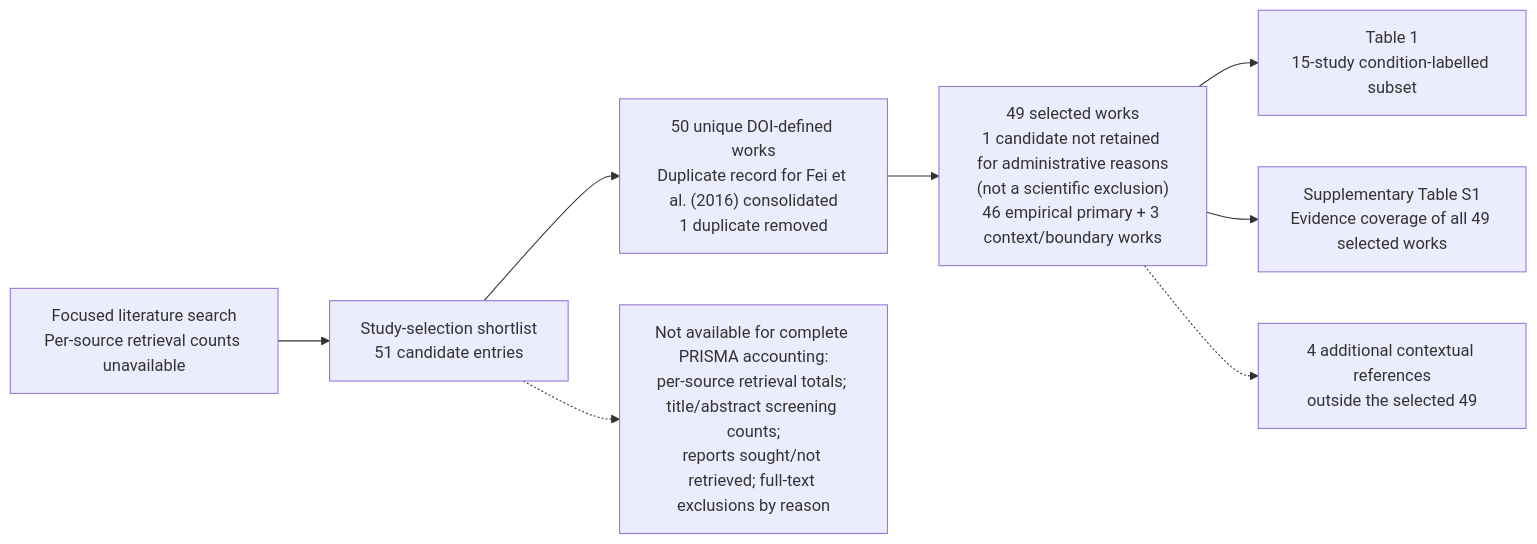
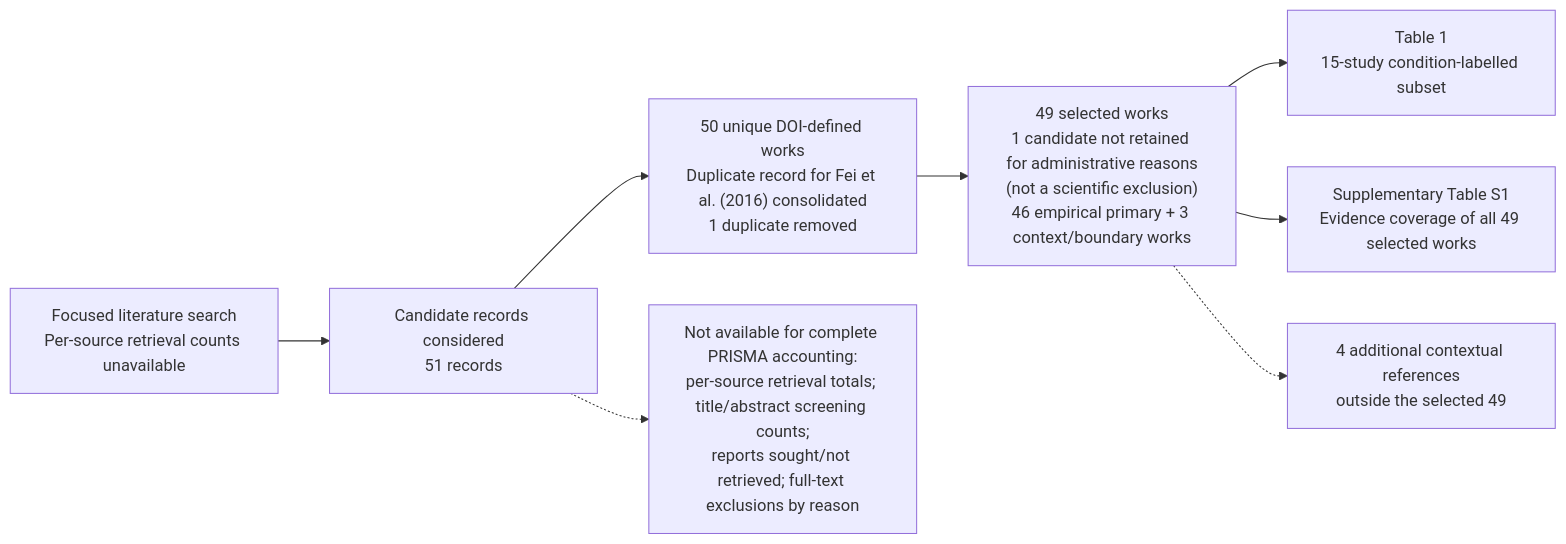
One commit to zaidkhan005/reviewAdsorbants changed the second of 5 diagrams in manuscript/SEMESTER_MANUSCRIPT_ASSEMBLED_SOURCE_V2.md. Above: the diagram before and after it, drawn with Mermaid. The commit also changed other lines of this file, not shown here.

Commit message:
Refine study-selection wording for publication readability

````diff
--- a/manuscript/SEMESTER_MANUSCRIPT_ASSEMBLED_SOURCE_V2.md
+++ b/manuscript/SEMESTER_MANUSCRIPT_ASSEMBLED_SOURCE_V2.md
@@ -138,10 +138,10 @@
 ```mermaid
 flowchart LR
-    A["Focused literature search<br/>Per-source retrieval counts unavailable"] --> B["Study-selection shortlist<br/>51 candidate entries"]
+    A["Focused literature search<br/>Per-source retrieval counts unavailable"] --> B["Candidate records considered<br/>51 records"]
     B --> C["50 unique DOI-defined works<br/>Duplicate record for Fei et al. (2016) consolidated<br/>1 duplicate removed"]
     C --> D["49 selected works<br/>1 candidate not retained for administrative reasons<br/>(not a scientific exclusion)<br/>46 empirical primary + 3 context/boundary works"]
     D --> E["Table 1<br/>15-study condition-labelled subset"]
     D --> F["Supplementary Table S1<br/>Evidence coverage of all 49 selected works"]
     D -.-> G["4 additional contextual references<br/>outside the selected 49"]
     B -.-> H["Not available for complete PRISMA accounting:<br/>per-source retrieval totals; title/abstract screening counts;<br/>reports sought/not retrieved; full-text exclusions by reason"]
 ```
````
